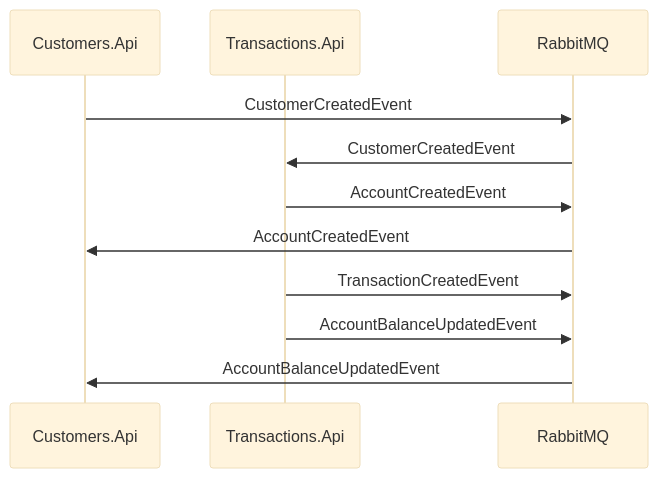
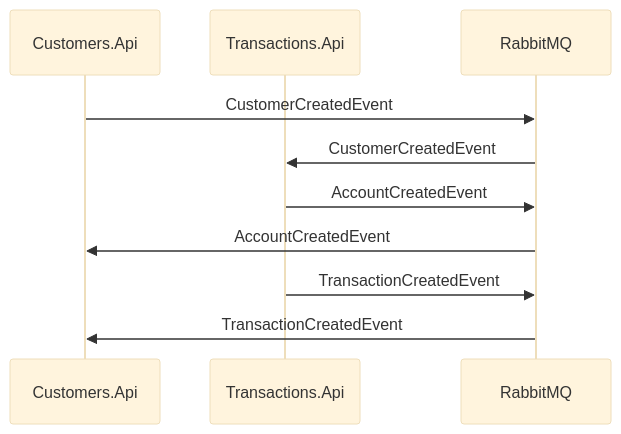
Before and after one commit to RouaaAssaf/BankingSolution: the diagram in README.md, drawn with Mermaid (base theme). The commit also changed other lines of this file, not shown here.

````diff
--- a/README.md
+++ b/README.md
@@ -140,14 +141,14 @@
 ```mermaid
 sequenceDiagram
     participant C as Customers.Api
     participant T as Transactions.Api
     participant MQ as RabbitMQ
 
     C->>MQ: CustomerCreatedEvent
     MQ->>T: CustomerCreatedEvent
     T->>MQ: AccountCreatedEvent
     MQ->>C: AccountCreatedEvent
     T->>MQ: TransactionCreatedEvent
-    T->>MQ: AccountBalanceUpdatedEvent
-    MQ->>C: AccountBalanceUpdatedEvent
+    MQ->>C: TransactionCreatedEvent
+    
 ```
````
